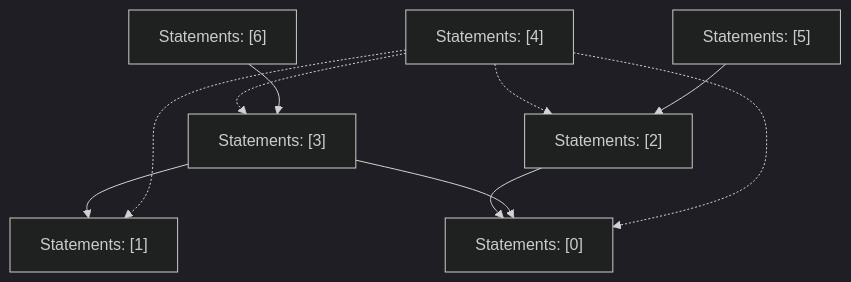
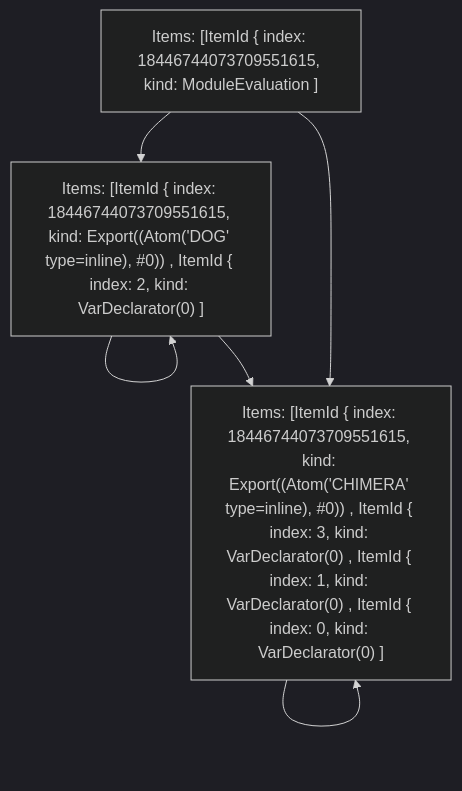
The fifth of 5 diagrams in crates/turbopack-ecmascript/tests/tree-shaker/analyzer/simple/output.md (vercel/turborepo), drawn with Mermaid (dark theme) before and after one commit. The commit also changed 3 other files, not shown here.

````diff
--- a/crates/turbopack-ecmascript/tests/tree-shaker/analyzer/simple/output.md
+++ b/crates/turbopack-ecmascript/tests/tree-shaker/analyzer/simple/output.md
@@ -124,19 +124,11 @@
 ```mermaid
 graph TD
-    N0["Statements: [1]"];
-    N1["Statements: [0]"];
-    N2["Statements: [3]"];
-    N3["Statements: [6]"];
-    N4["Statements: [2]"];
-    N5["Statements: [5]"];
-    N6["Statements: [4]"];
-    N4 --> N1;
-    N2 --> N0;
-    N2 --> N1;
-    N6 -.-> N1;
-    N6 -.-> N4;
-    N6 -.-> N2;
-    N6 -.-> N0;
-    N5 --> N4;
-    N3 --> N2;
+    N0["Items: [ItemId { index: 18446744073709551615, kind: ModuleEvaluation ]"];
+    N1["Items: [ItemId { index: 18446744073709551615, kind: Export((Atom('DOG' type=inline), #0)) , ItemId { index: 2, kind: VarDeclarator(0) ]"];
+    N2["Items: [ItemId { index: 18446744073709551615, kind: Export((Atom('CHIMERA' type=inline), #0)) , ItemId { index: 3, kind: VarDeclarator(0) , ItemId { index: 1, kind: VarDeclarator(0) , ItemId { index: 0, kind: VarDeclarator(0) ]"];
+    N0 --> N2;
+    N0 --> N1;
+    N1 --> N1;
+    N1 --> N2;
+    N2 --> N2;
 ```
````
